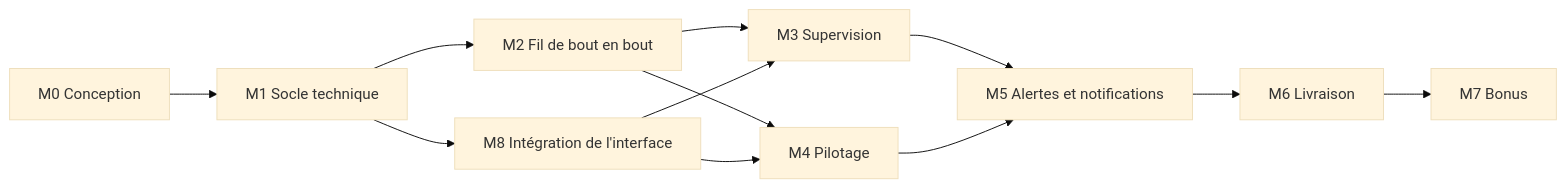
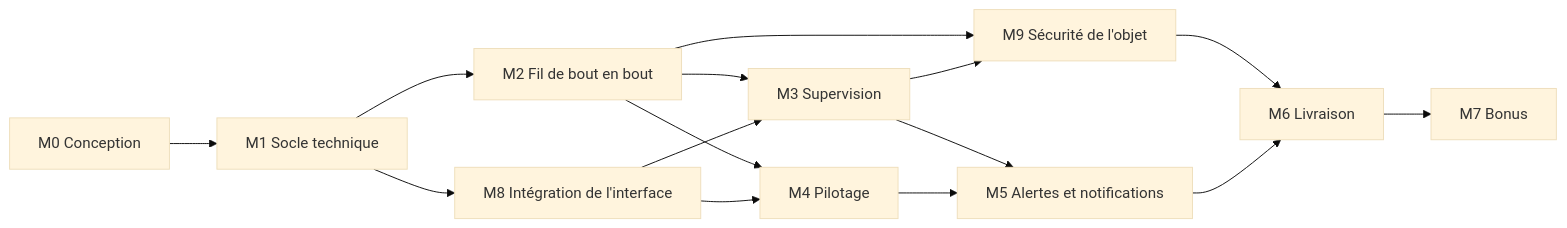
The diagram in docs/conception/04-besoins-fonctionnels.md (SamuelLnds/proj-app-mobile-co), drawn with Mermaid (base theme) before and after one commit. The commit also changed other lines of this file and 3 other files, not shown here.

Commit message:
docs(design): fait de la sécurité de l'objet une milestone du socle

````diff
--- a/docs/conception/04-besoins-fonctionnels.md
+++ b/docs/conception/04-besoins-fonctionnels.md
@@ -79,14 +80,17 @@
 ```mermaid
 flowchart LR
   M0["M0 Conception"] --> M1["M1 Socle technique"]
   M1 --> M2["M2 Fil de bout en bout"]
   M1 --> M8["M8 Intégration de l'interface"]
   M2 --> M3["M3 Supervision"]
   M2 --> M4["M4 Pilotage"]
   M8 --> M3
   M8 --> M4
   M3 --> M5["M5 Alertes et notifications"]
   M4 --> M5
-  M5 --> M6["M6 Livraison"]
+  M2 --> M9["M9 Sécurité de l'objet"]
+  M3 --> M9
+  M9 --> M6["M6 Livraison"]
+  M5 --> M6
   M6 --> M7["M7 Bonus"]
 ```
````
